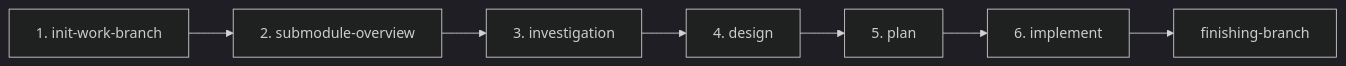
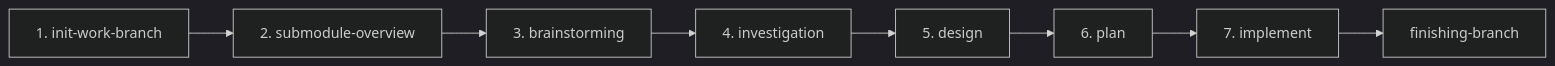
One commit to NagasakaH/dev-process changed the first of 3 diagrams in README.md. Above: the diagram before and after it, drawn with Mermaid (dark theme). The commit also changed other lines of this file, not shown here.

````diff
--- a/README.md
+++ b/README.md
@@ -47,9 +47,10 @@
 ```mermaid
 flowchart LR
     init[1. init-work-branch] --> overview[2. submodule-overview]
-    overview --> investigation[3. investigation]
-    investigation --> design[4. design]
-    design --> plan[5. plan]
-    plan --> implement[6. implement]
+    overview --> brainstorm[3. brainstorming]
+    brainstorm --> investigation[4. investigation]
+    investigation --> design[5. design]
+    design --> plan[6. plan]
+    plan --> implement[7. implement]
     implement --> finish[finishing-branch]
 ```
````
